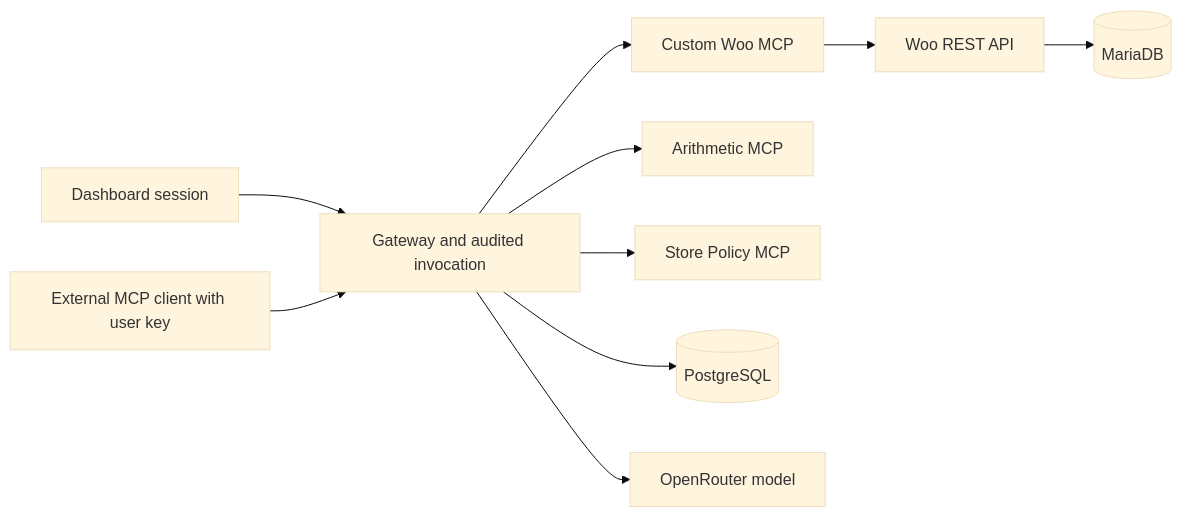
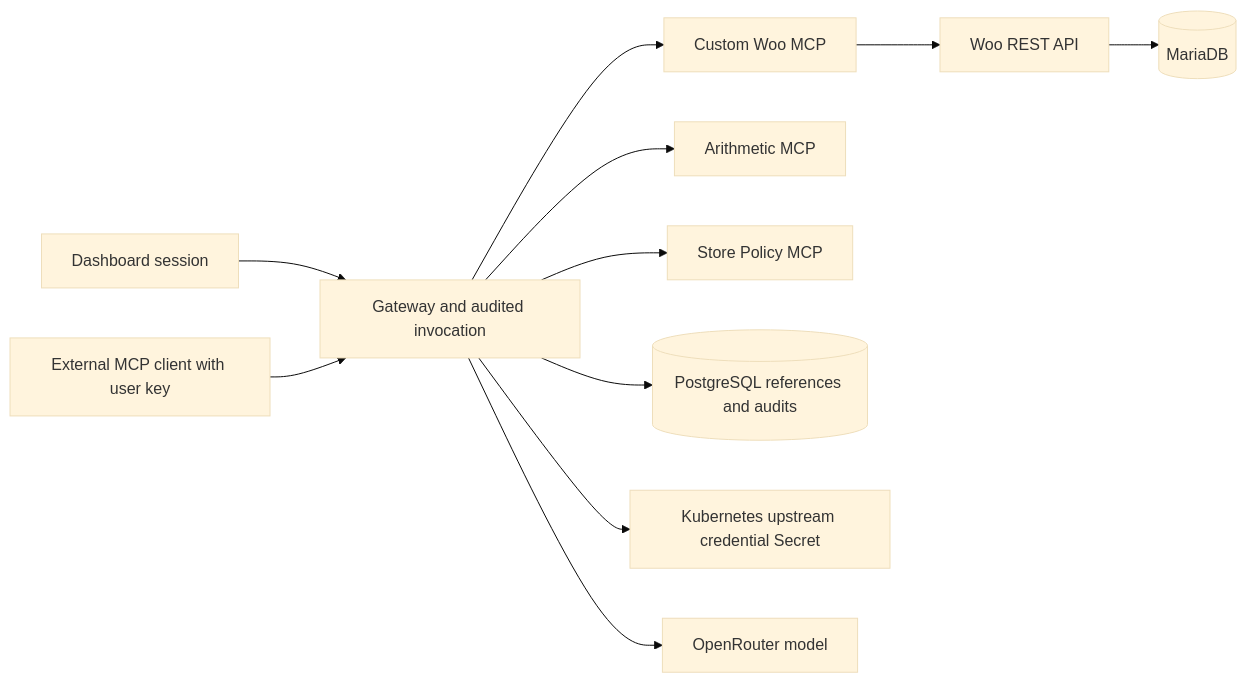
The diagram in docs/system-design.md (DarshanKumarA/urumi-mcp-gateway), drawn with Mermaid (base theme) before and after one commit. The commit also changed other lines of this file and 40 other files, not shown here.

Commit message:
fix: store upstream credentials in Kubernetes and audit rejected keys

````diff
--- a/docs/system-design.md
+++ b/docs/system-design.md
@@ -11,12 +11,13 @@
 ```mermaid
 flowchart LR
     Browser[Dashboard session] --> Gateway[Gateway and audited invocation]
     External[External MCP client with user key] --> Gateway
     Gateway --> Woo[Custom Woo MCP]
     Gateway --> Arithmetic[Arithmetic MCP]
     Gateway --> Policy[Store Policy MCP]
     Woo --> REST[Woo REST API]
     REST --> MariaDB[(MariaDB)]
-    Gateway --> PG[(PostgreSQL)]
+    Gateway --> PG[(PostgreSQL references and audits)]
+    Gateway --> Secrets[Kubernetes upstream credential Secret]
     Gateway --> Model[OpenRouter model]
 ```
````
